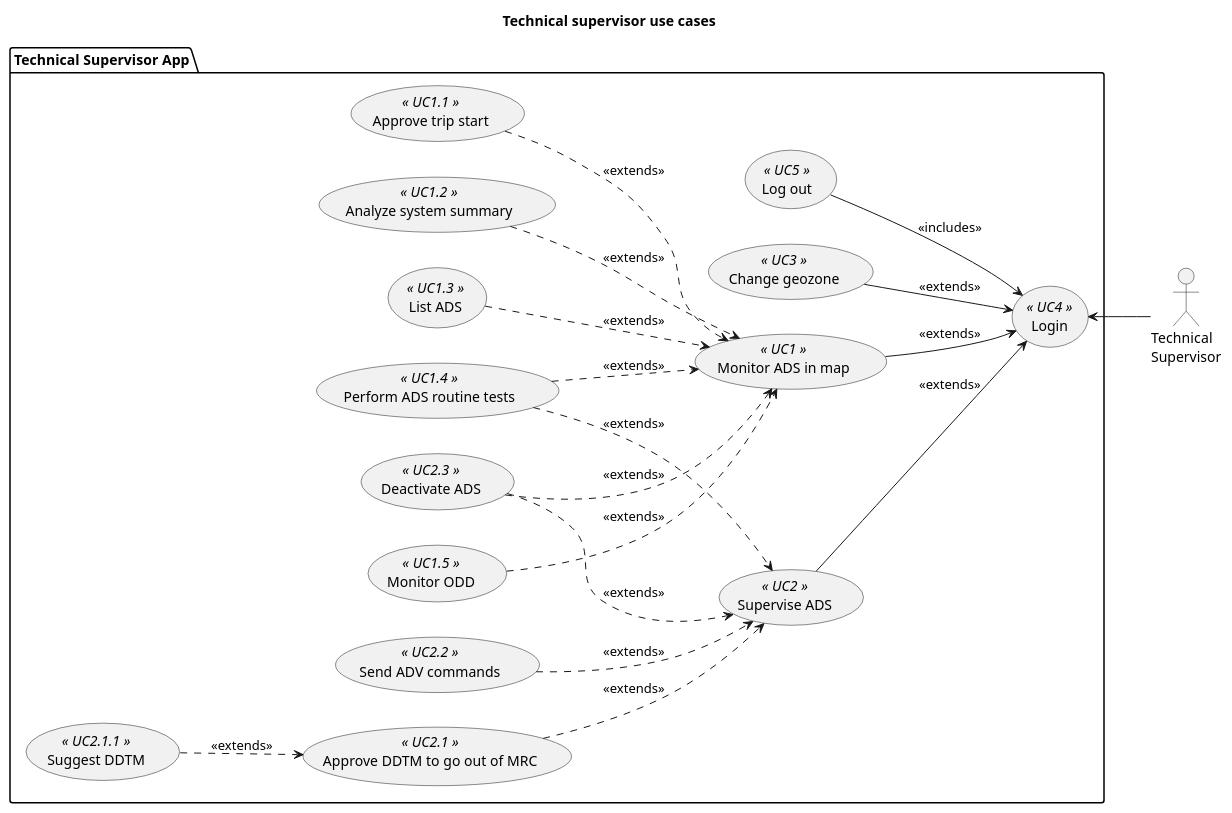
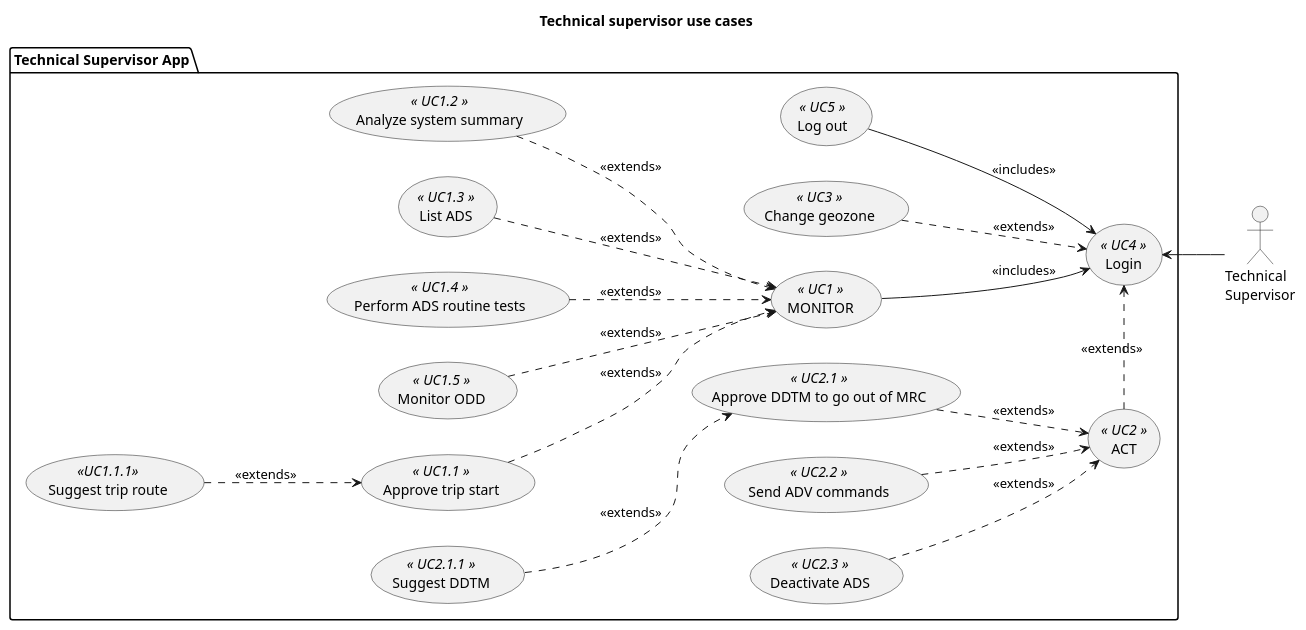
Before and after one commit to bruno-motorai/uml: the diagram in technical_supervisor/use_cases.pu, drawn with PlantUML. The commit also changed 2 other files, not shown here.

Commit message:
Add v2 of use_cases; Update state and use_cases diagrams

```diff
--- a/technical_supervisor/use_cases.pu
+++ b/technical_supervisor/use_cases.pu
@@ -1,53 +1,52 @@
 @startuml ts_use_cases
 title Technical supervisor use cases
 
 left to right direction
 
 actor :Technical\nSupervisor: as TS1
 
 package "Technical Supervisor App" {
     usecase UC4 as (Login) <<  UC4  >>
     usecase UC5 as (Log out) <<  UC5  >>
-    usecase UC1 as (Monitor ADS in map)<<  UC1  >>
-    usecase UC2 as (Supervise ADS) <<  UC2  >>
+    usecase UC1 as (MONITOR)<<  UC1  >>
+    usecase UC2 as (ACT) <<  UC2  >>
     usecase UC3 as (Change geozone) <<  UC3  >>
 
     ' Supervise system
     usecase UC100 as (Approve trip start) <<  UC1.1  >>
     usecase UC101 as (Analyze system summary) <<  UC1.2  >>
     usecase UC102 as (List ADS) <<  UC1.3  >>
     usecase UC104 as (Perform ADS routine tests) <<  UC1.4  >>
     usecase UC105 as (Monitor ODD) <<  UC1.5  >>
+    usecase UC106 as (Suggest trip route) << UC1.1.1 >>
 
     ' Supervise ADS
     usecase UC202 as (Approve DDTM to go out of MRC) <<  UC2.1  >>
-
     ' ADS actions
     usecase UC303 as (Suggest DDTM) <<  UC2.1.1  >>
     usecase UC304 as (Send ADV commands) <<  UC2.2  >>
     usecase UC305 as (Deactivate ADS) <<  UC2.3  >>
 }
 
 ' User connections
 TS1 -up-> UC4
-UC2 -> UC4 : <<extends>> 
-UC1 --> UC4 : <<extends>> 
-UC3 --> UC4 : <<extends>> 
+UC2 -> UC4 #line.dashed : <<extends>> 
+UC1 --> UC4 : <<includes>> 
+UC3 --> UC4 #line.dashed : <<extends>> 
 UC5 --> UC4 : <<includes>>
 
 ' Supervise system
 UC100 --> UC1 #line.dashed : <<extends>>
 UC101 --> UC1 #line.dashed : <<extends>>
 UC102 --> UC1 #line.dashed : <<extends>>
 UC104 --> UC1 #line.dashed : <<extends>>
 UC105 --> UC1 #line.dashed : <<extends>>
-UC305 --> UC1 #line.dashed : <<extends>>
+UC106 --> UC100 #line.dashed : <<extends>>
 
 ' Supervise ADS
 UC202 --> UC2 #line.dashed : <<extends>>
 UC303 --> UC202 #line.dashed : <<extends>>
 UC304 --> UC2 #line.dashed : <<extends>>
-UC104 --> UC2 #line.dashed : <<extends>>
 UC305 --> UC2 #line.dashed : <<extends>>
 
 @enduml
```
